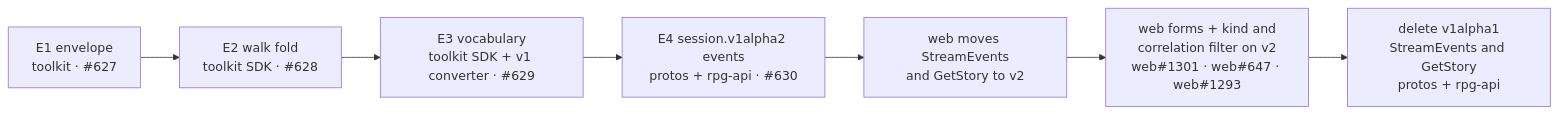
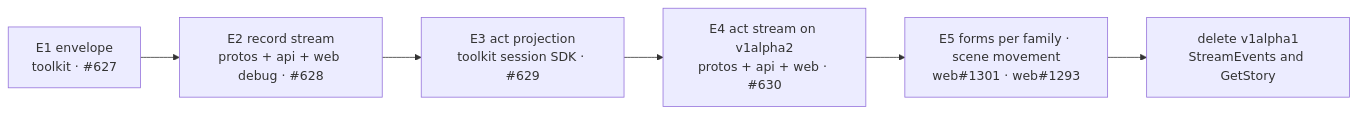
One commit to KirkDiggler/rpg-project changed the second of 2 diagrams in ideas/event-stream/design.md. Above: the diagram before and after it, drawn with Mermaid. The commit also changed other lines of this file and 1 other file, not shown here.

First line of the commit message:
design: event stream — the record stream and the act stream on session v1alpha2 (#634)

````diff
--- a/ideas/event-stream/design.md
+++ b/ideas/event-stream/design.md
@@ -38,4 +55,4 @@
 ```mermaid
 flowchart LR
-    E1[E1 envelope<br/>toolkit · #627] --> E2[E2 walk fold<br/>toolkit SDK · #628] --> E3[E3 vocabulary<br/>toolkit SDK + v1 converter · #629] --> E4[E4 session.v1alpha2 events<br/>protos + rpg-api · #630] --> W1[web moves StreamEvents<br/>and GetStory to v2] --> W2[web forms + kind and<br/>correlation filter on v2<br/>web#1301 · web#647 · web#1293] --> D[delete v1alpha1<br/>StreamEvents and GetStory<br/>protos + rpg-api]
+    E1[E1 envelope<br/>toolkit · #627] --> E2[E2 record stream<br/>protos + api + web debug · #628] --> E3[E3 act projection<br/>toolkit session SDK · #629] --> E4[E4 act stream on v1alpha2<br/>protos + api + web · #630] --> E5[E5 forms per family · scene movement<br/>web#1301 · web#1293] --> D[delete v1alpha1<br/>StreamEvents and GetStory]
 ```
````
